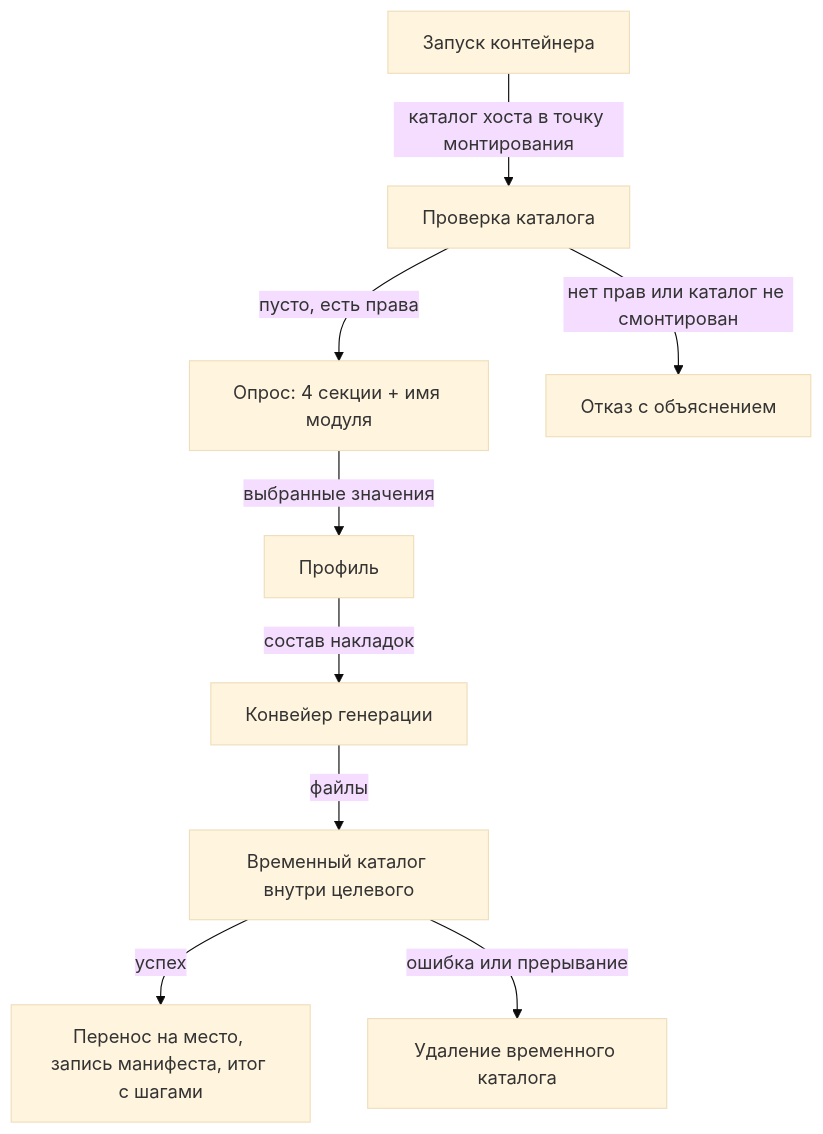
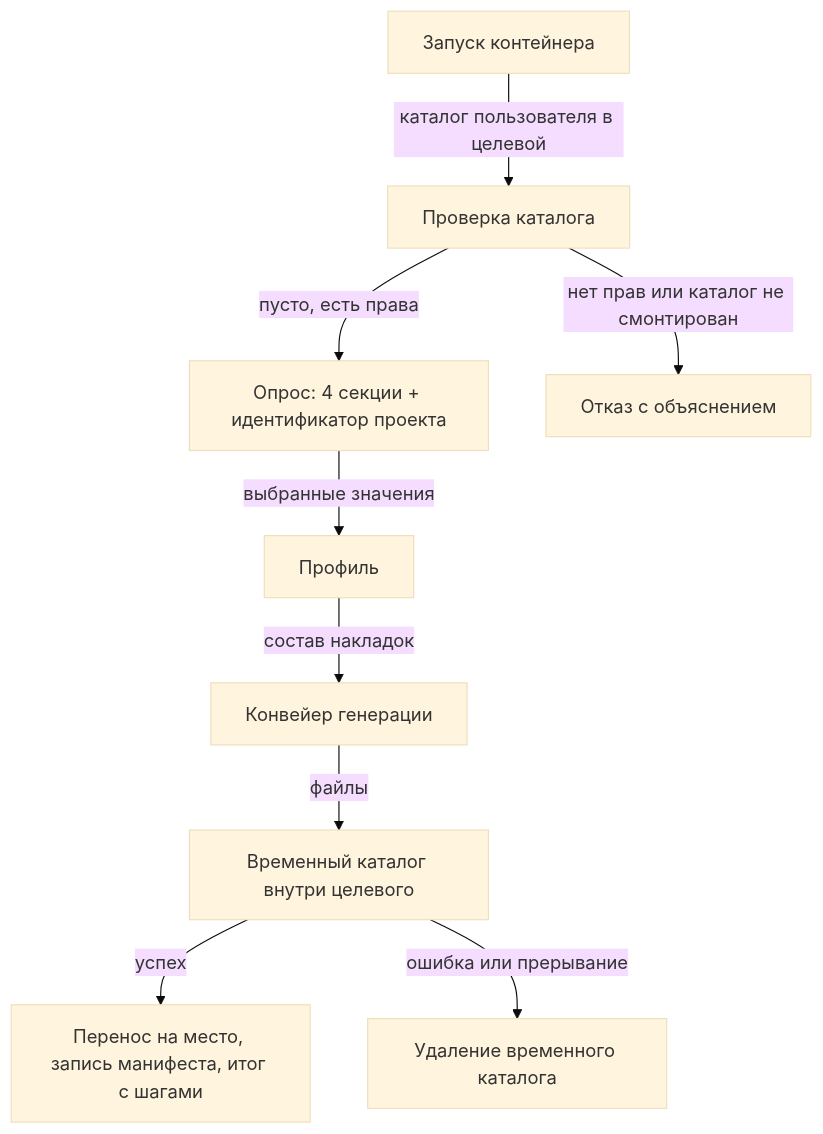
One commit to united-software-platform/extruder changed the first of 4 diagrams in docs/project-plan.md. Above: the diagram before and after it, drawn with Mermaid (base theme). The commit also changed other lines of this file and 4 other files, not shown here.

````diff
--- a/docs/project-plan.md
+++ b/docs/project-plan.md
@@ -45,11 +46,11 @@
 ```mermaid
 flowchart TD
-    A[Запуск контейнера] -->|каталог хоста в точку монтирования| B[Проверка каталога]
-    B -->|пусто, есть права| C[Опрос: 4 секции + имя модуля]
+    A[Запуск контейнера] -->|каталог пользователя в целевой| B[Проверка каталога]
+    B -->|пусто, есть права| C[Опрос: 4 секции + идентификатор проекта]
     B -->|нет прав или каталог не смонтирован| X[Отказ с объяснением]
     C -->|выбранные значения| D[Профиль]
     D -->|состав накладок| E[Конвейер генерации]
     E -->|файлы| F[Временный каталог внутри целевого]
     F -->|успех| G[Перенос на место, запись манифеста, итог с шагами]
     F -->|ошибка или прерывание| H[Удаление временного каталога]
 ```
````
